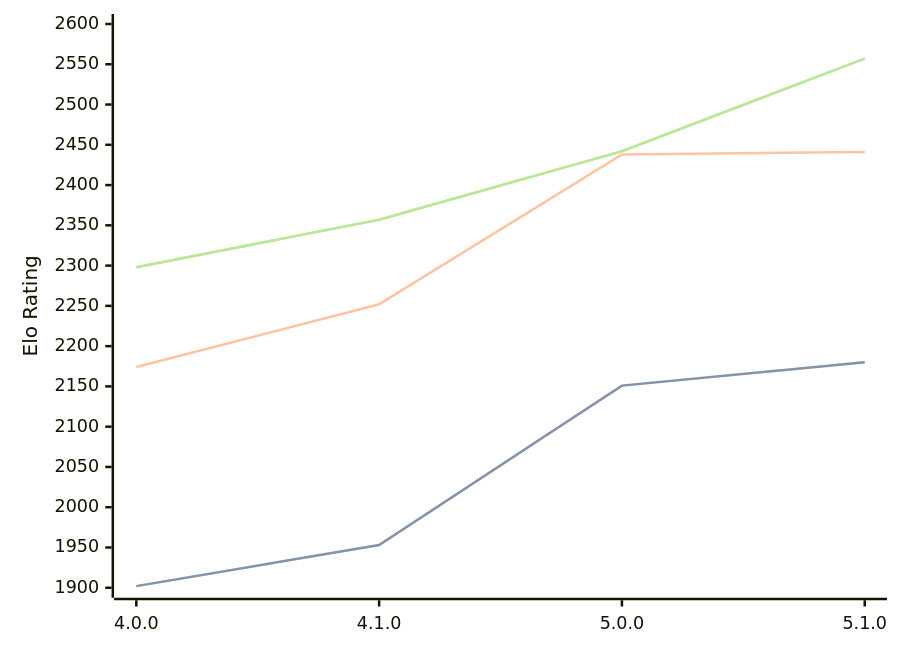
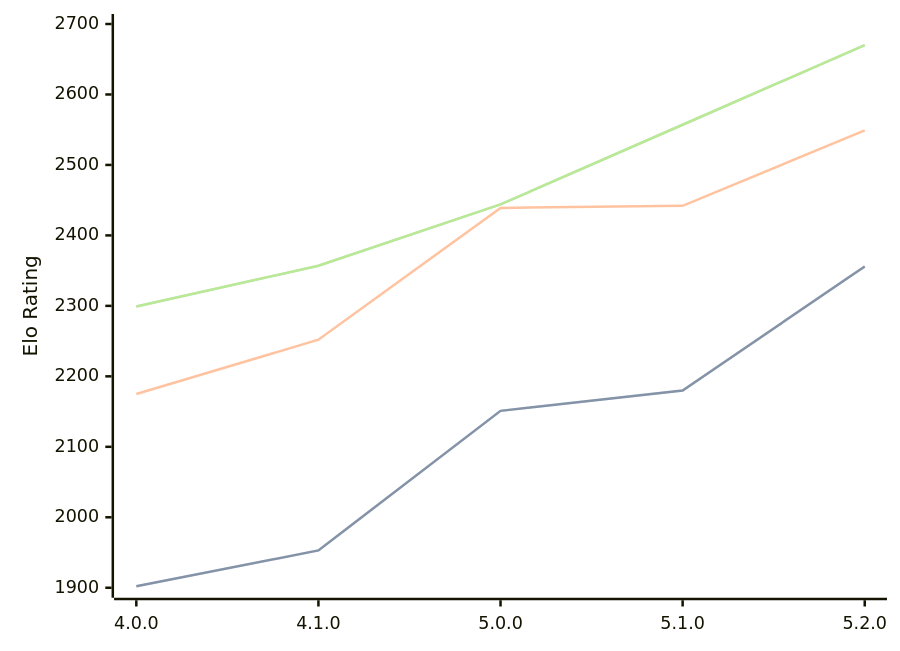
One commit to computer-chess-index/cci changed the diagram in engines/Aconcagua.md. Above: the diagram before and after it, drawn with Mermaid. The commit also changed other lines of this file, not shown here.

Commit message:
Update CCI Ratings (ELO VLTC) - 2026-06-11

````diff
--- a/engines/Aconcagua.md
+++ b/engines/Aconcagua.md
@@ -44,11 +44,11 @@
 ```mermaid
 %%{init: {"theme":"base","themeVariables":{"seriesColors:['#a3a3a3','#222221','#faa371']}}}%%
 xychart-beta
-  x-axis ["4.0.0", "4.1.0", "5.0.0", "5.1.0"]
-  y-axis "Elo Rating" 1900 --> 2600
-  line "STC (8.0+0.08s)" [1902, 1953, 2151, 2180]
-  line "STC (8.0+0.08s)" [1902, 1953, 2151, 2180]
-  line "LTC (60.0+0.60s)" [2174, 2252, 2438, 2441]
-  line "VLTC (2m24s+1.12s)" [2298, 2357, 2442, 2557]
-  line "VLTC (2m24s+1.12s)" [2298, 2357, 2442, 2557]
+  x-axis ["4.0.0", "4.1.0", "5.0.0", "5.1.0", "5.2.0"]
+  y-axis "Elo Rating" 1900 --> 2700
+  line "STC (8.0+0.08s)" [1902, 1953, 2151, 2180, 2356]
+  line "STC (8.0+0.08s)" [1902, 1953, 2151, 2180, 2356]
+  line "LTC (60.0+0.60s)" [2175, 2252, 2439, 2442, 2549]
+  line "VLTC (2m24s+1.12s)" [2299, 2357, 2444, 2557, 2670]
+  line "VLTC (2m24s+1.12s)" [2299, 2357, 2444, 2557, 2670]
 ```
````
